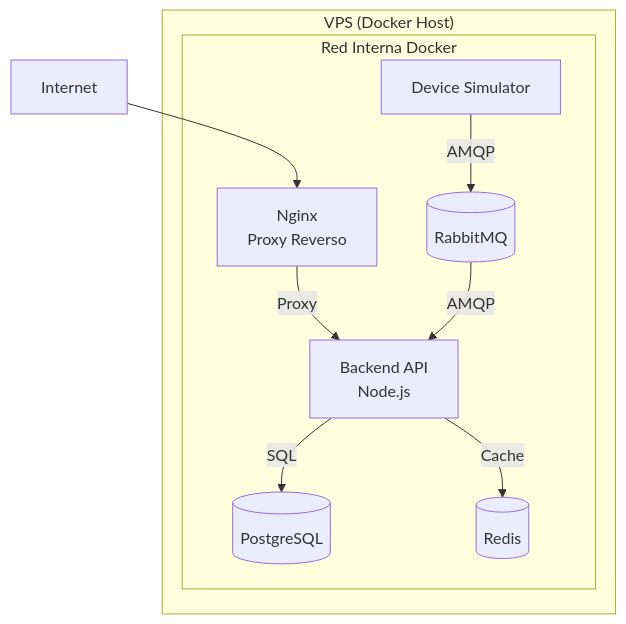
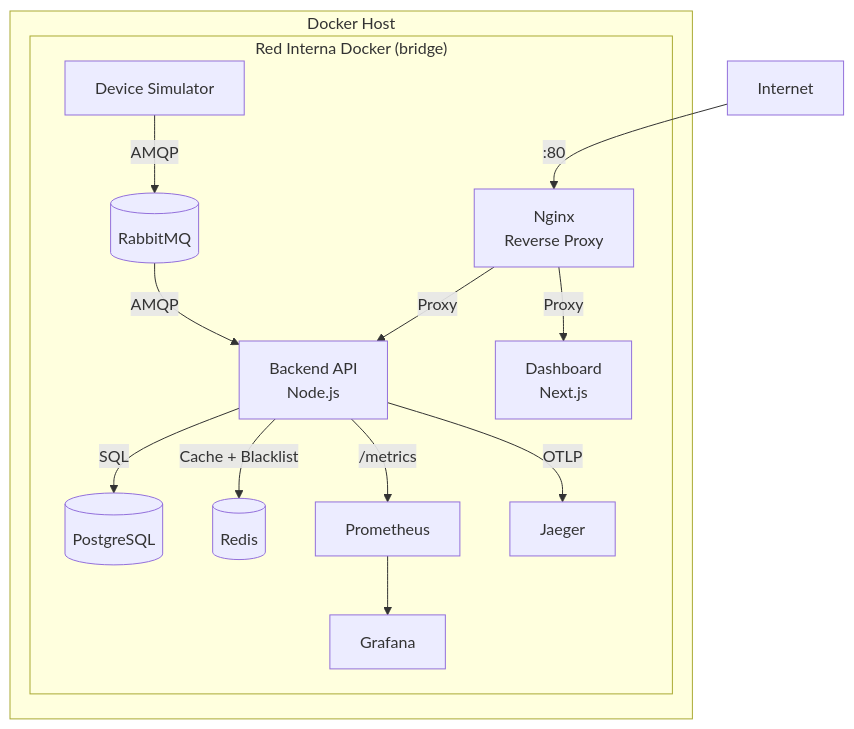
One commit to titesen/smartaccess changed the diagram in docs/operations/01_infrastructure.md. Above: the diagram before and after it, drawn with Mermaid. The commit also changed other lines of this file and 14 other files, not shown here.

````diff
--- a/docs/operations/01_infrastructure.md
+++ b/docs/operations/01_infrastructure.md
@@ -9,20 +9,28 @@
 ```mermaid
 flowchart TD
-    subgraph VPS["VPS (Docker Host)"]
-        subgraph Network["Red Interna Docker"]
-            NGINX[Nginx<br>Proxy Reverso]
+    subgraph VPS["Docker Host"]
+        subgraph Network["Red Interna Docker (bridge)"]
+            NGINX[Nginx<br>Reverse Proxy]
             API[Backend API<br>Node.js]
+            DASH[Dashboard<br>Next.js]
             SIM[Device Simulator]
             PG[(PostgreSQL)]
             RMQ[(RabbitMQ)]
             REDIS[(Redis)]
+            PROM[Prometheus]
+            GF[Grafana]
+            JG[Jaeger]
         end
     end
 
-    INET[Internet] --> NGINX
+    INET[Internet] -->|:80| NGINX
     NGINX -->|Proxy| API
+    NGINX -->|Proxy| DASH
     SIM -->|AMQP| RMQ
     RMQ -->|AMQP| API
     API -->|SQL| PG
-    API -->|Cache| REDIS
+    API -->|Cache + Blacklist| REDIS
+    API -->|/metrics| PROM
+    PROM --> GF
+    API -->|OTLP| JG
 ```
````
